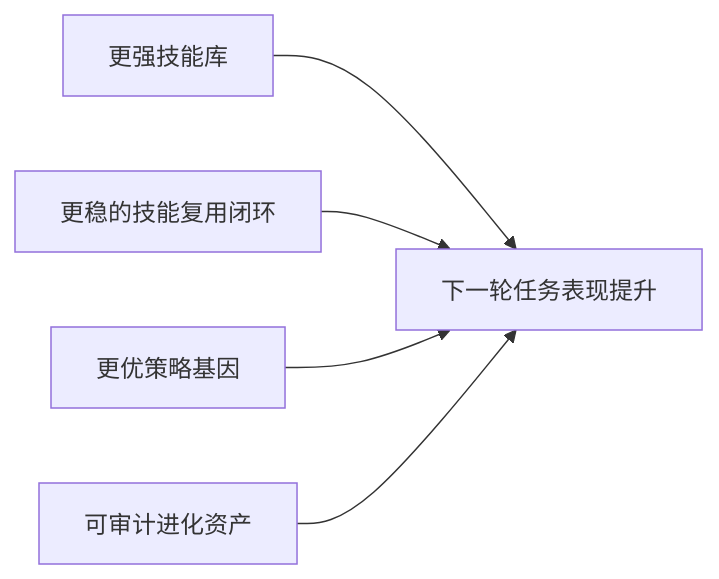
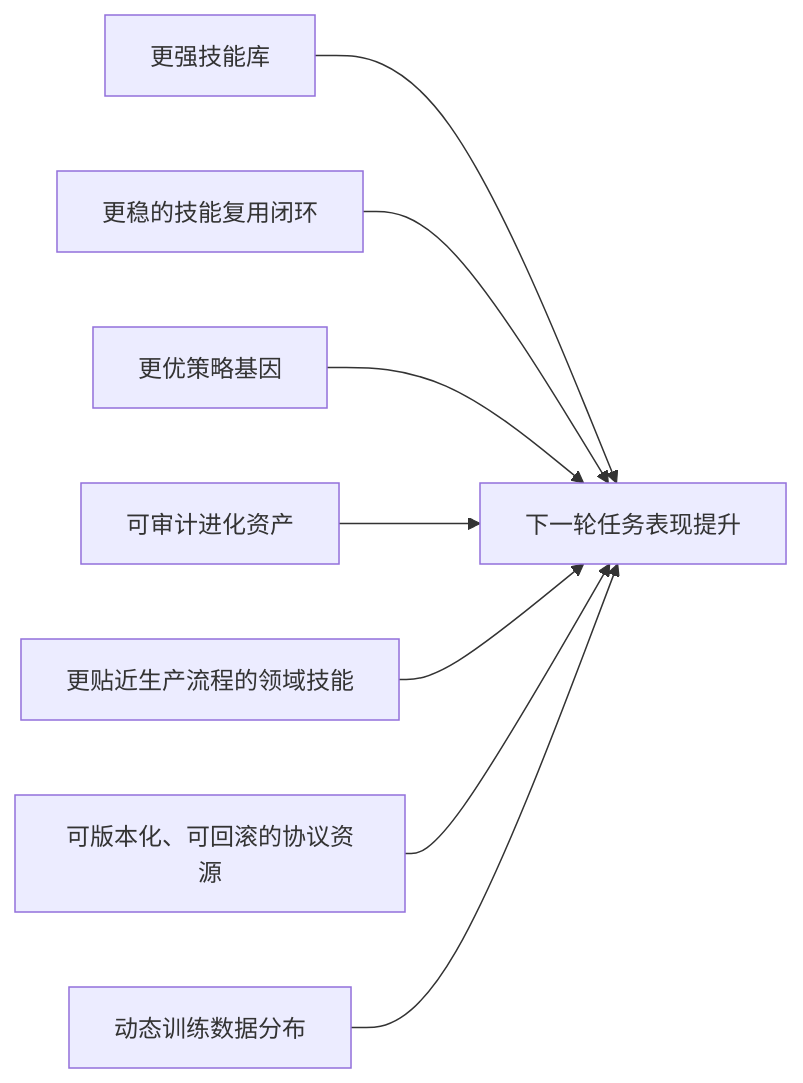
Diagram 11 of 18 in docs/agent-engineering/self-evolve/路线总览.md (pofossette/guidebooks), drawn with Mermaid before and after one commit. The commit also changed other lines of this file and 7 other files, not shown here.

````diff
--- a/docs/agent-engineering/self-evolve/路线总览.md
+++ b/docs/agent-engineering/self-evolve/路线总览.md
@@ -138,7 +218,10 @@
 ```mermaid
 flowchart LR
     E1[更强技能库] --> F[下一轮任务表现提升]
     E2[更稳的技能复用闭环] --> F
     E3[更优策略基因] --> F
     E4[可审计进化资产] --> F
+    E5[更贴近生产流程的领域技能] --> F
+    E6[可版本化、可回滚的协议资源] --> F
+    E6a[动态训练数据分布] --> F
 ```
````
